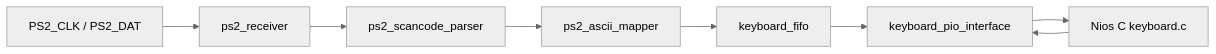
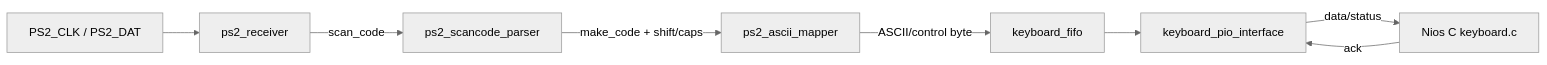
The fourth of 11 diagrams in docs/hierarchy.md (Dao-you/altera_nios_typewriter), drawn with Mermaid (neutral theme) before and after one commit. The commit also changed other lines of this file, not shown here.

Commit message:
docs: add app state and storage flow details

````diff
--- a/docs/hierarchy.md
+++ b/docs/hierarchy.md
@@ -80,10 +129,10 @@
 ```mermaid
 flowchart LR
     PS2[PS2_CLK / PS2_DAT] --> RX[ps2_receiver]
-    RX --> Parser[ps2_scancode_parser]
-    Parser --> Mapper[ps2_ascii_mapper]
-    Mapper --> FIFO[keyboard_fifo]
+    RX -->|scan_code| Parser[ps2_scancode_parser]
+    Parser -->|make_code + shift/caps| Mapper[ps2_ascii_mapper]
+    Mapper -->|ASCII/control byte| FIFO[keyboard_fifo]
     FIFO --> PIO[keyboard_pio_interface]
-    PIO --> Nios[Nios C keyboard.c]
-    Nios --> PIO
+    PIO -->|data/status| Nios[Nios C keyboard.c]
+    Nios -->|ack| PIO
 ```
````
